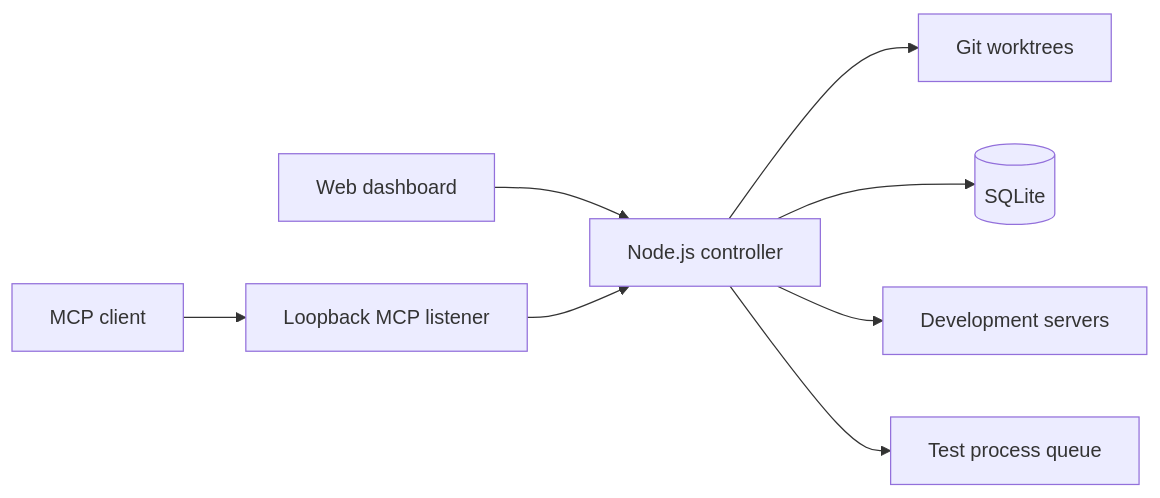
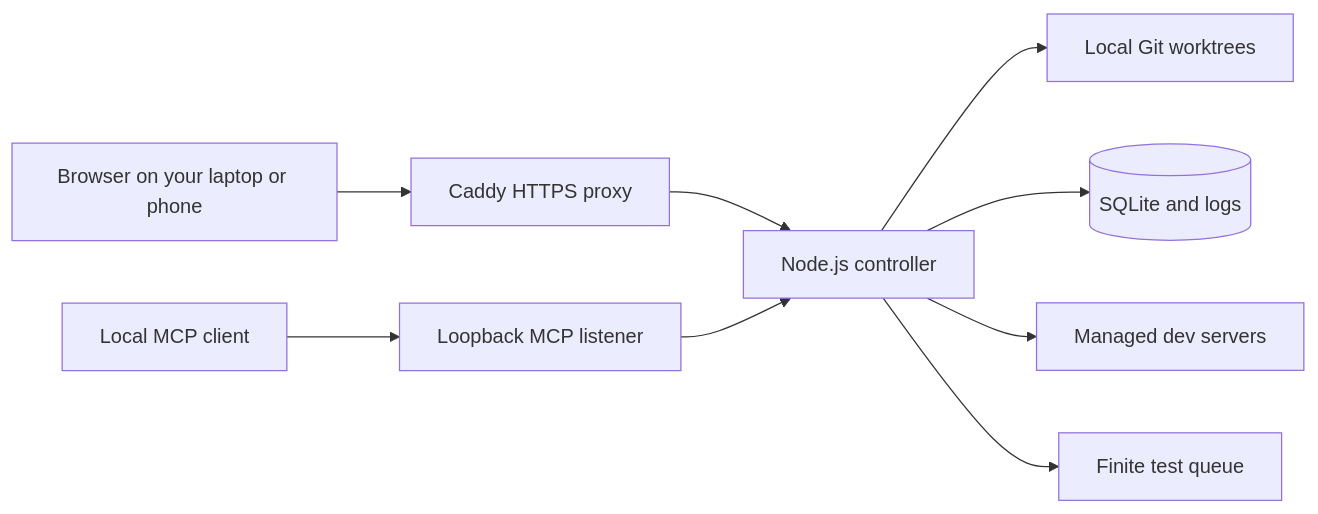
The diagram in README.md (pioootrek/worktree-switcher), drawn with Mermaid before and after one commit. The commit also changed other lines of this file and 2 other files, not shown here.

Commit message:
docs: explain agent workflows and refresh README for current features

````diff
--- a/README.md
+++ b/README.md
@@ -156,10 +193,11 @@
 ```mermaid
 flowchart LR
-    Browser[Web dashboard] --> Controller[Node.js controller]
-    Agent[MCP client] --> MCP[Loopback MCP listener]
+    Browser[Browser on your laptop or phone] --> Proxy[Caddy HTTPS proxy]
+    Proxy --> Controller[Node.js controller]
+    Agent[Local MCP client] --> MCP[Loopback MCP listener]
     MCP --> Controller
-    Controller --> Git[Git worktrees]
-    Controller --> SQLite[(SQLite)]
-    Controller --> Apps[Development servers]
-    Controller --> Tests[Test process queue]
+    Controller --> Git[Local Git worktrees]
+    Controller --> State[(SQLite and logs)]
+    Controller --> Servers[Managed dev servers]
+    Controller --> Queue[Finite test queue]
 ```
````
